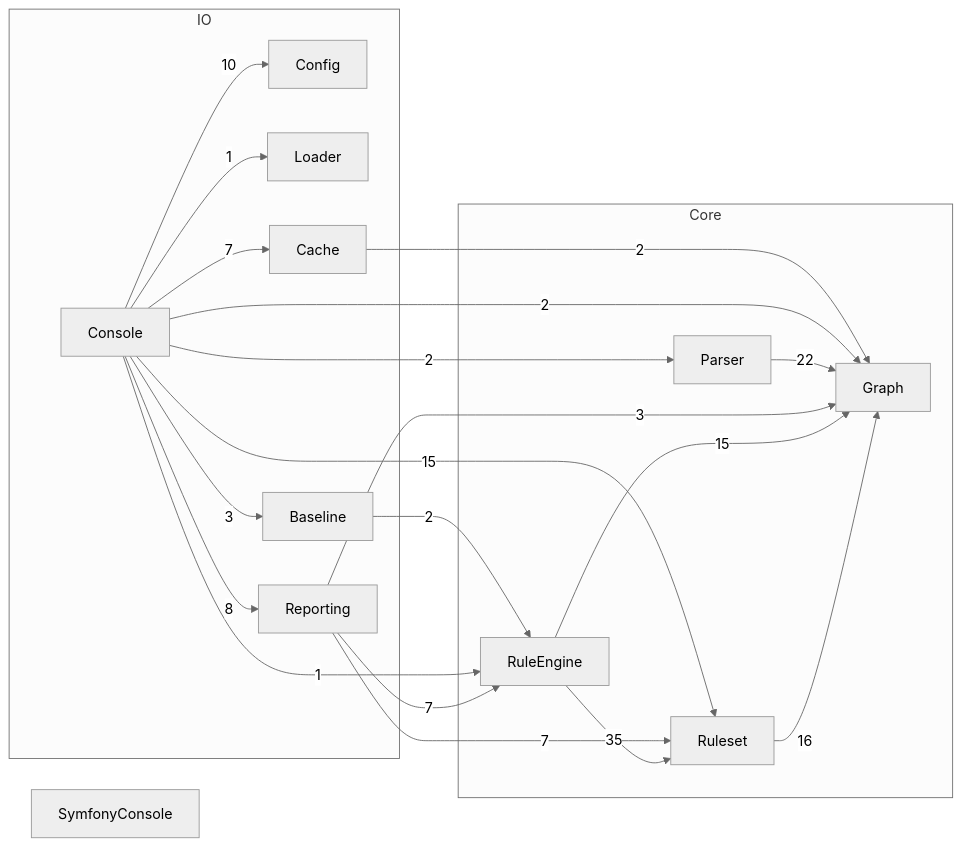
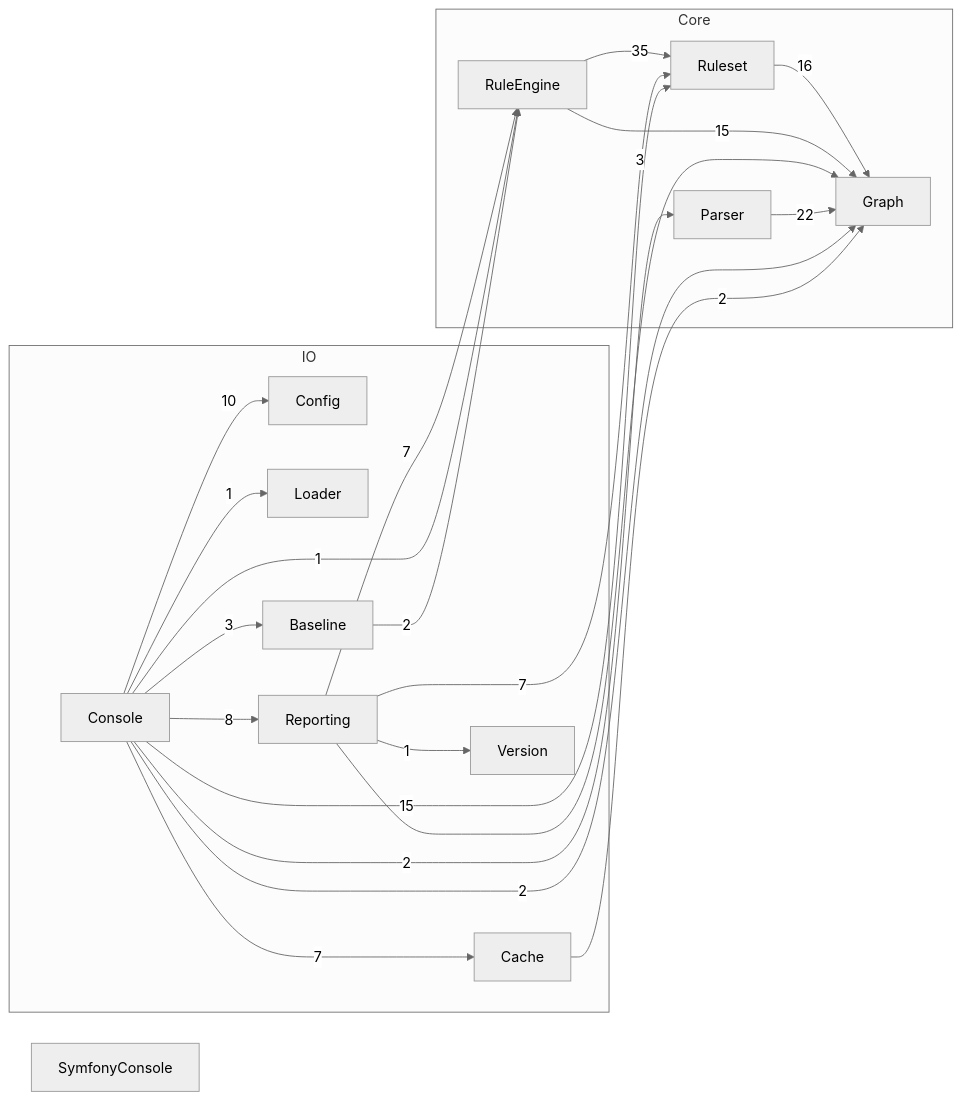
Before and after one commit to spandrel-php/spandrel-src: the diagram in docs/architecture.md, drawn with Mermaid (neutral theme). The commit also changed other lines of this file and 7 other files, not shown here.

````diff
--- a/docs/architecture.md
+++ b/docs/architecture.md
@@ -62,37 +64,39 @@
 ```mermaid
 flowchart LR
     subgraph IO
         Config
         Loader
         Cache
         Reporting
         Console
         Baseline
+        Version
     end
     subgraph Core
         Graph
         Ruleset
         Parser
         RuleEngine
     end
     SymfonyConsole
 
     Baseline -->|"2"| RuleEngine
     Cache -->|"2"| Graph
     Console -->|"3"| Baseline
     Console -->|"7"| Cache
     Console -->|"10"| Config
     Console -->|"2"| Graph
     Console -->|"1"| Loader
     Console -->|"2"| Parser
     Console -->|"8"| Reporting
     Console -->|"1"| RuleEngine
     Console -->|"15"| Ruleset
     Parser -->|"22"| Graph
     Reporting -->|"3"| Graph
     Reporting -->|"7"| RuleEngine
     Reporting -->|"7"| Ruleset
+    Reporting -->|"1"| Version
     RuleEngine -->|"15"| Graph
     RuleEngine -->|"35"| Ruleset
     Ruleset -->|"16"| Graph
 ```
````
